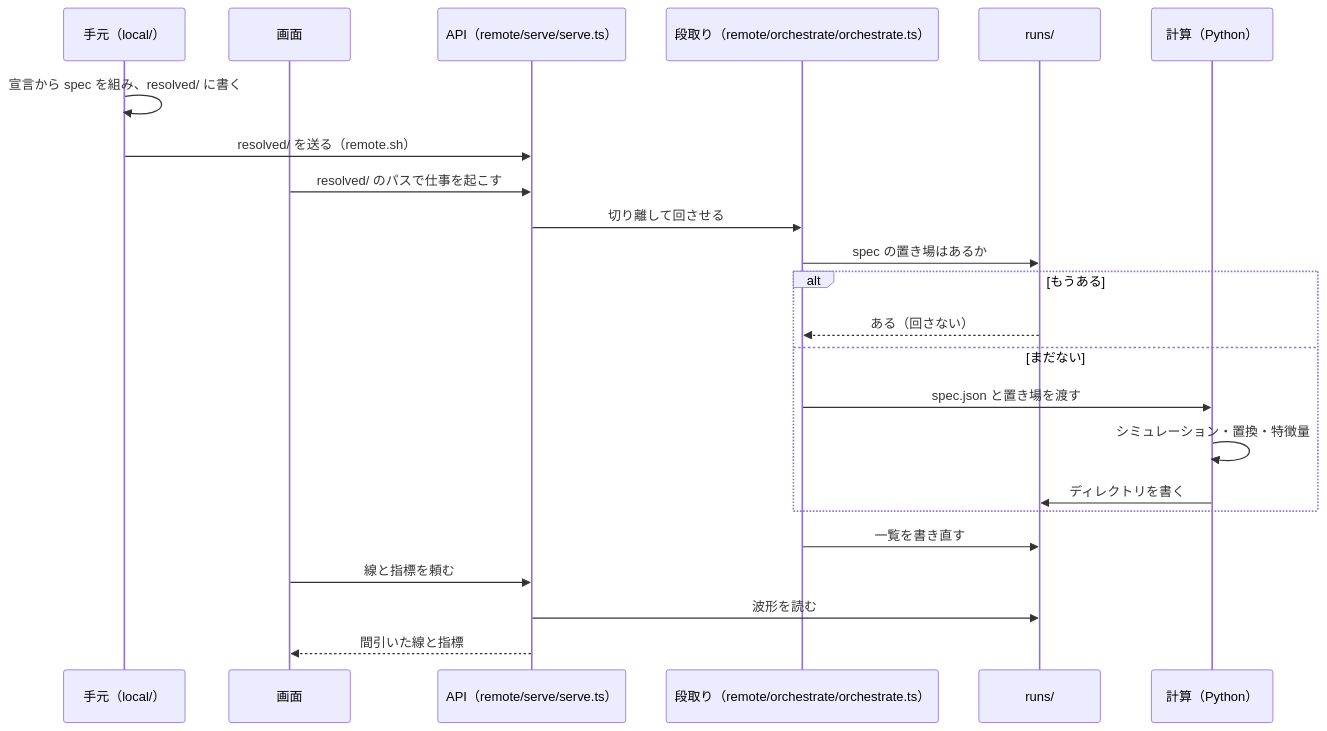
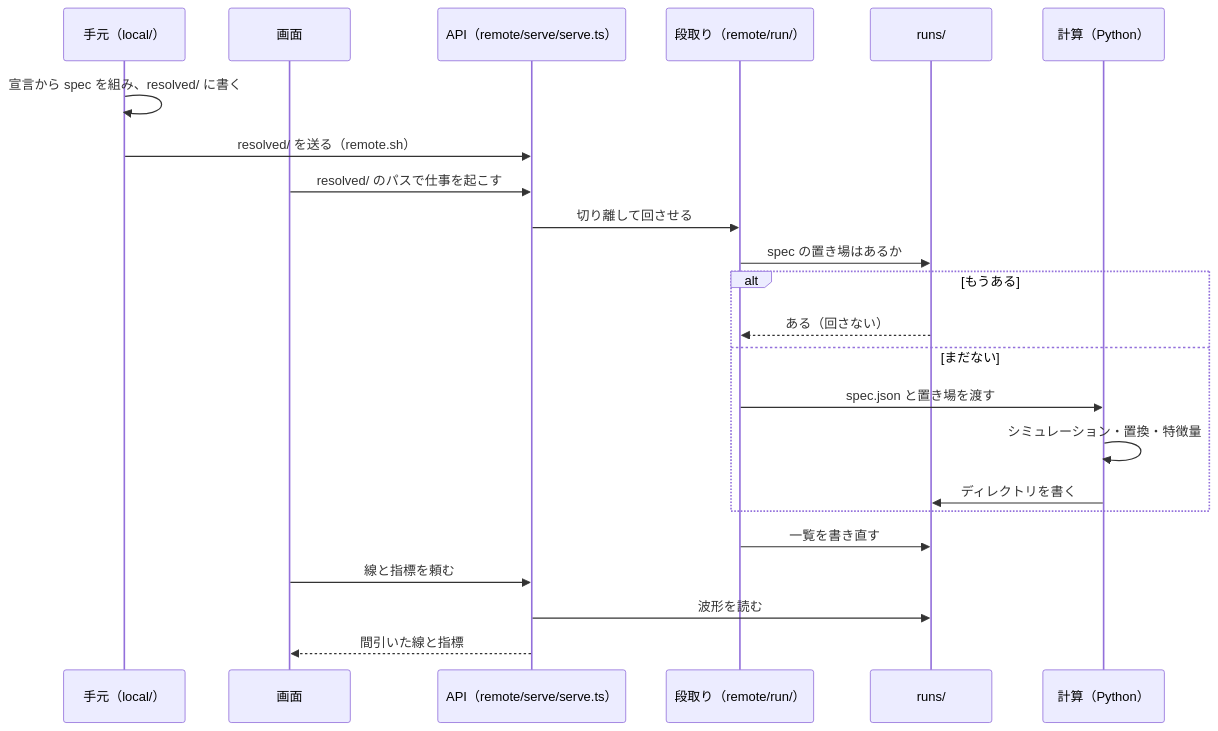
One commit to MunechikaHaruki/SINDyNeuroSurrogate changed the second of 3 diagrams in README.md. Above: the diagram before and after it, drawn with Mermaid. The commit also changed other lines of this file and 43 other files, not shown here.

````diff
--- a/README.md
+++ b/README.md
@@ -55,25 +55,25 @@
 ```mermaid
 sequenceDiagram
   participant L as 手元（local/）
   participant U as 画面
   participant A as API（remote/serve/serve.ts）
-  participant O as 段取り（remote/orchestrate/orchestrate.ts）
+  participant O as 段取り（remote/run/）
   participant R as runs/
   participant P as 計算（Python）
   L->>L: 宣言から spec を組み、resolved/ に書く
   L->>A: resolved/ を送る（remote.sh）
   U->>A: resolved/ のパスで仕事を起こす
   A->>O: 切り離して回させる
   O->>R: spec の置き場はあるか
   alt もうある
     R-->>O: ある（回さない）
   else まだない
     O->>P: spec.json と置き場を渡す
     P->>P: シミュレーション・置換・特徴量
     P->>R: ディレクトリを書く
   end
   O->>R: 一覧を書き直す
   U->>A: 線と指標を頼む
   A->>R: 波形を読む
   A-->>U: 間引いた線と指標
 ```
````
